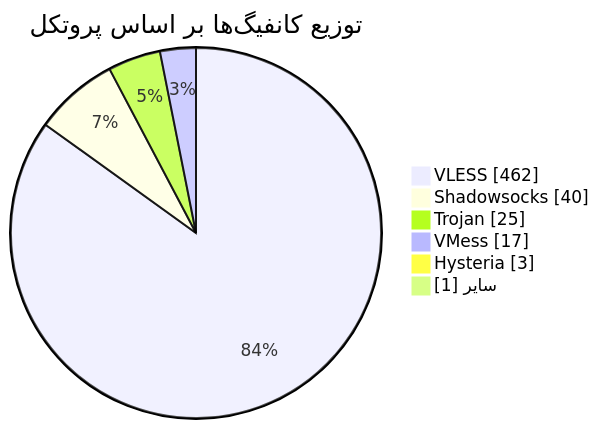
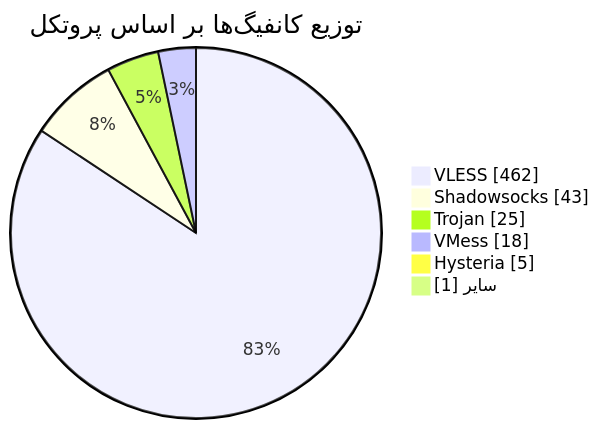
One commit to Arian-Alijani/Somthing changed the diagram in README.md. Above: the diagram before and after it, drawn with Mermaid. The commit also changed other lines of this file and 81 other files, not shown here.

````diff
--- a/README.md
+++ b/README.md
@@ -48,10 +48,10 @@
 ```mermaid
 pie showData
     title توزیع کانفیگ‌ها بر اساس پروتکل
     "VLESS" : 462
-    "Shadowsocks" : 40
+    "Shadowsocks" : 43
     "Trojan" : 25
-    "VMess" : 17
-    "Hysteria" : 3
+    "VMess" : 18
+    "Hysteria" : 5
     "سایر" : 1
 ```
````
